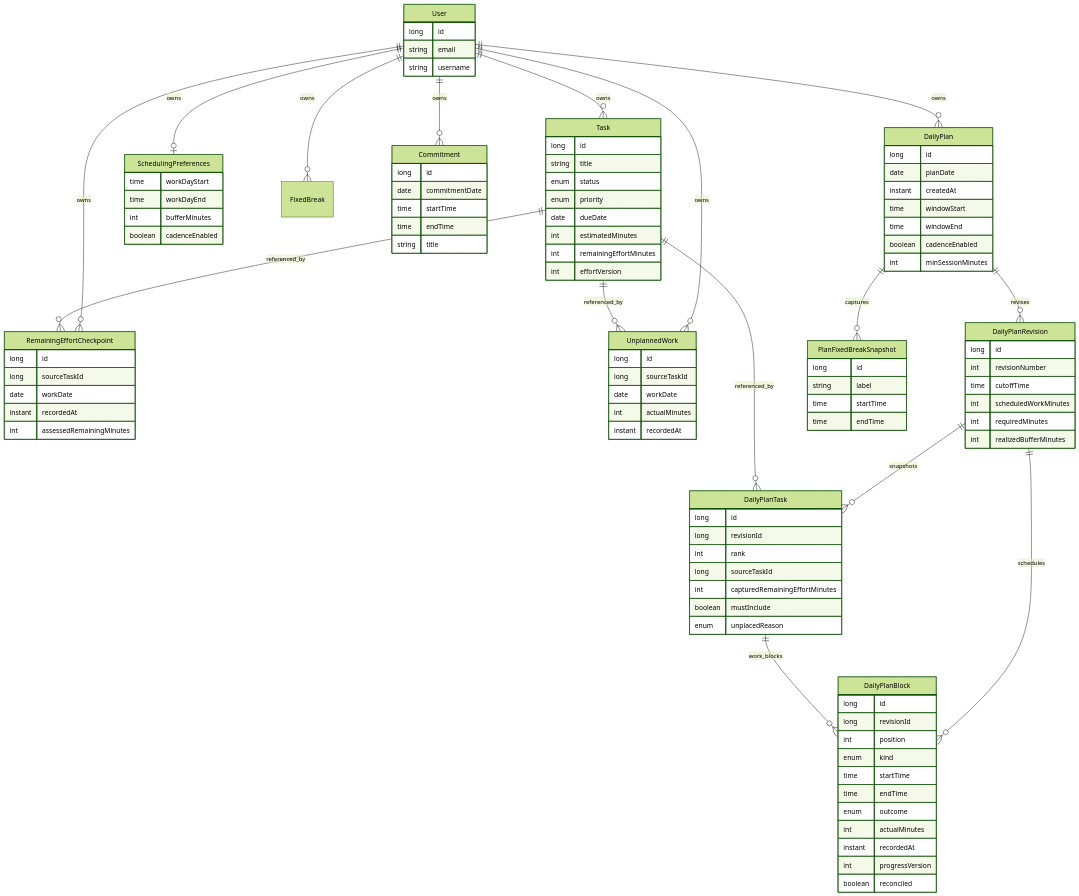
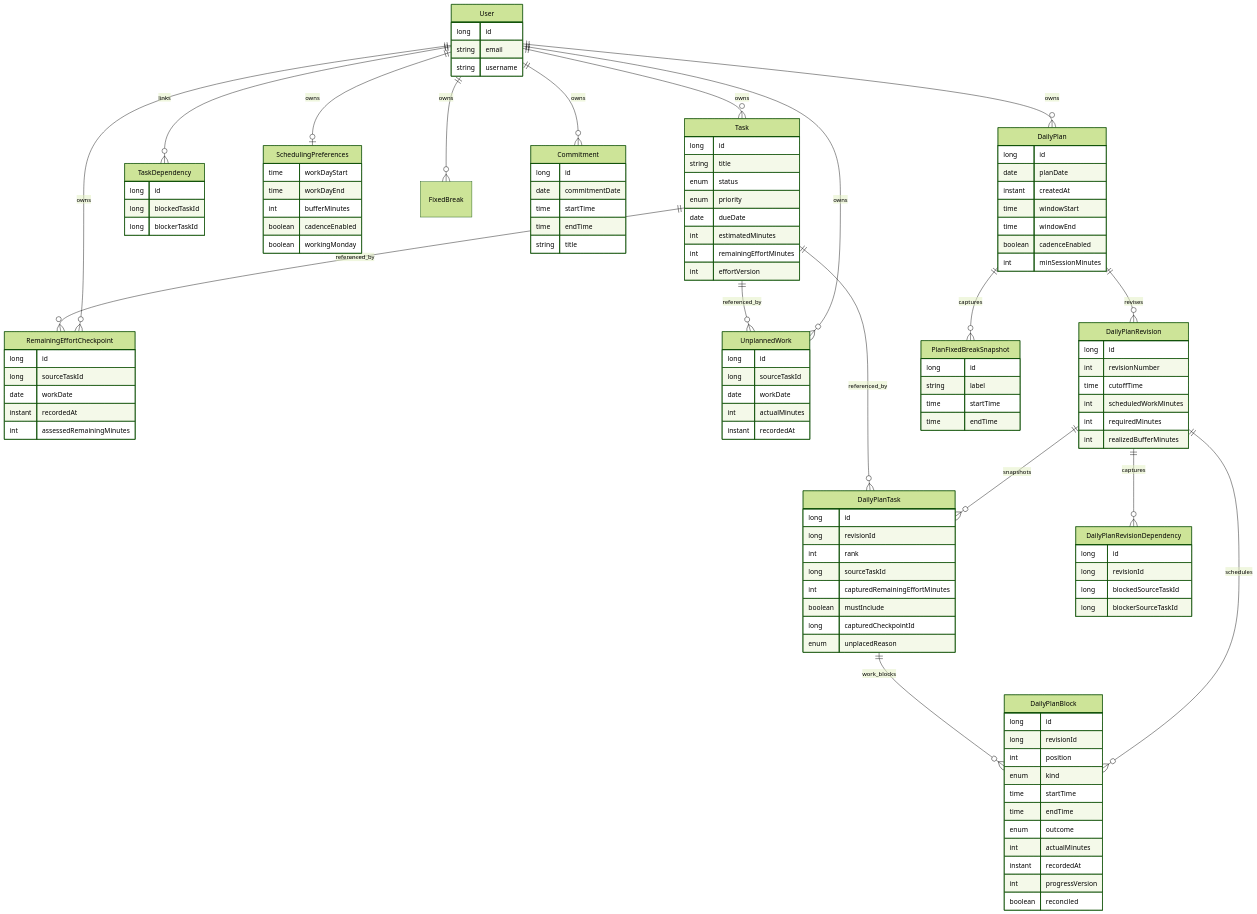
One commit to xiashuidaolaoshuren/focusflow changed the fifth of 5 diagrams in docs/architecture.md. Above: the diagram before and after it, drawn with Mermaid (forest theme). The commit also changed other lines of this file and 4 other files, not shown here.

````diff
--- a/docs/architecture.md
+++ b/docs/architecture.md
@@ -310,6 +342,7 @@
 ```mermaid
 erDiagram
   User ||--o{ Task : owns
+  User ||--o{ TaskDependency : links
   User ||--o| SchedulingPreferences : owns
   User ||--o{ FixedBreak : owns
   User ||--o{ Commitment : owns
@@ -319,6 +352,7 @@
   DailyPlan ||--o{ DailyPlanRevision : revises
   DailyPlan ||--o{ PlanFixedBreakSnapshot : captures
   DailyPlanRevision ||--o{ DailyPlanTask : snapshots
+  DailyPlanRevision ||--o{ DailyPlanRevisionDependency : captures
   DailyPlanRevision ||--o{ DailyPlanBlock : schedules
   DailyPlanTask ||--o{ DailyPlanBlock : work_blocks
   Task ||--o{ DailyPlanTask : referenced_by
@@ -339,11 +373,17 @@
     int remainingEffortMinutes
     int effortVersion
   }
+  TaskDependency {
+    long id
+    long blockedTaskId
+    long blockerTaskId
+  }
   SchedulingPreferences {
     time workDayStart
     time workDayEnd
     int bufferMinutes
     boolean cadenceEnabled
+    boolean workingMonday
   }
   Commitment {
     long id
@@ -382,7 +422,14 @@
     long sourceTaskId
     int capturedRemainingEffortMinutes
     boolean mustInclude
+    long capturedCheckpointId
     enum unplacedReason
+  }
+  DailyPlanRevisionDependency {
+    long id
+    long revisionId
+    long blockedSourceTaskId
+    long blockerSourceTaskId
   }
   DailyPlanBlock {
     long id
````
